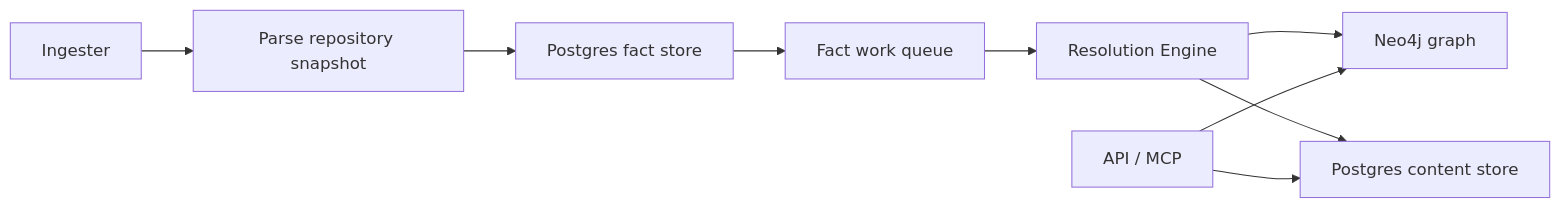
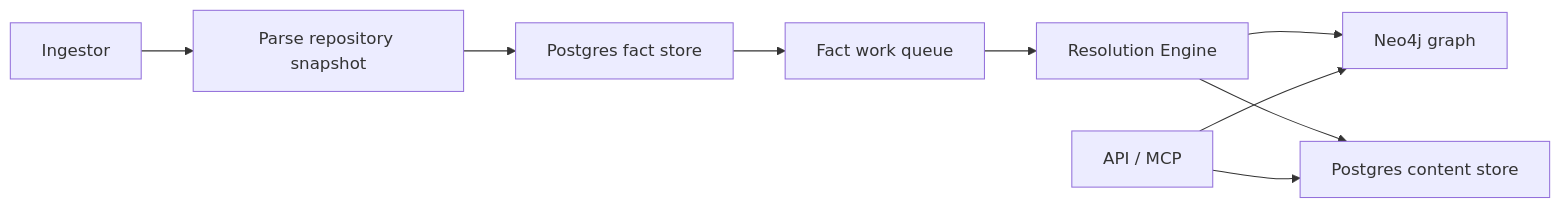
The diagram in docs/docs/deployment/overview.md (platformcontext/platform-context-graph), drawn with Mermaid before and after one commit. The commit also changed other lines of this file and 36 other files, not shown here.

Commit message:
refactor: rename the public ingester runtime to ingestor

````diff
--- a/docs/docs/deployment/overview.md
+++ b/docs/docs/deployment/overview.md
@@ -25,11 +25,11 @@
 ```mermaid
 flowchart LR
-  A["Ingester"] --> B["Parse repository snapshot"]
+  A["Ingestor"] --> B["Parse repository snapshot"]
   B --> C["Postgres fact store"]
   C --> D["Fact work queue"]
   D --> E["Resolution Engine"]
   E --> F["Neo4j graph"]
   E --> G["Postgres content store"]
   H["API / MCP"] --> F
   H --> G
 ```
````
